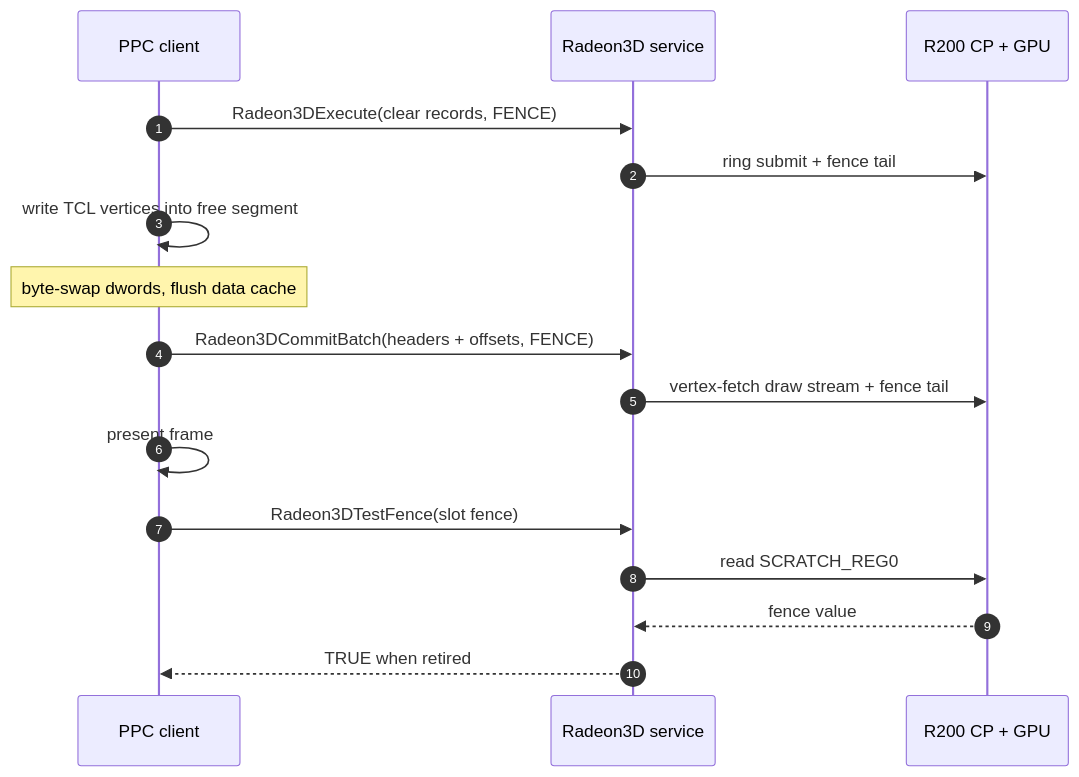
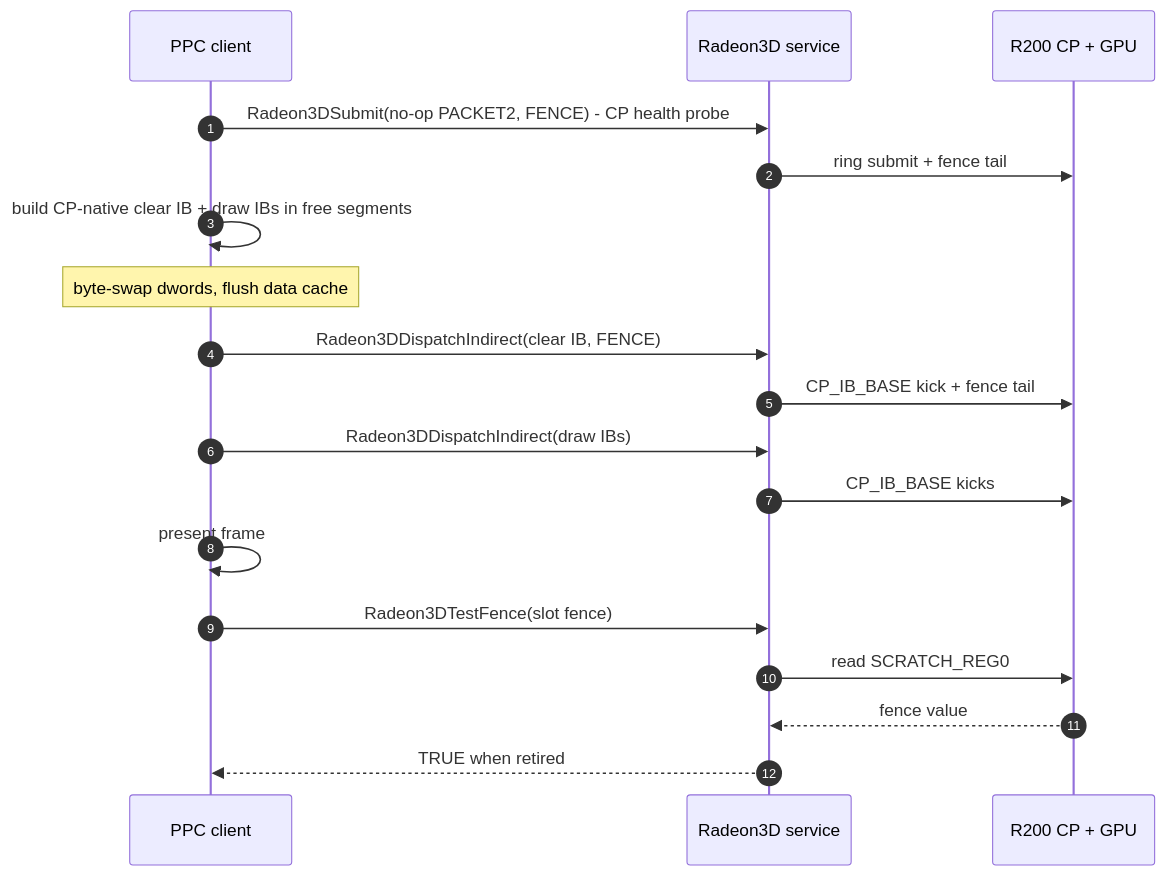
Before and after one commit to mirq/r200-p96-driver: the fifth of 5 diagrams in docs/01-ppc-client-guide.md, drawn with Mermaid. The commit also changed other lines of this file and 40 other files, not shown here.

````diff
--- a/docs/01-ppc-client-guide.md
+++ b/docs/01-ppc-client-guide.md
@@ -501,19 +430,21 @@
 ```mermaid
 sequenceDiagram
     autonumber
     participant PPC as PPC client
     participant SVC as Radeon3D service
     participant CP as R200 CP + GPU
 
-    PPC->>SVC: Radeon3DExecute(clear records, FENCE)
+    PPC->>SVC: Radeon3DSubmit(no-op PACKET2, FENCE) - CP health probe
     SVC->>CP: ring submit + fence tail
-    PPC->>PPC: write TCL vertices into free segment
+    PPC->>PPC: build CP-native clear IB + draw IBs in free segments
     Note over PPC: byte-swap dwords, flush data cache
-    PPC->>SVC: Radeon3DCommitBatch(headers + offsets, FENCE)
-    SVC->>CP: vertex-fetch draw stream + fence tail
+    PPC->>SVC: Radeon3DDispatchIndirect(clear IB, FENCE)
+    SVC->>CP: CP_IB_BASE kick + fence tail
+    PPC->>SVC: Radeon3DDispatchIndirect(draw IBs)
+    SVC->>CP: CP_IB_BASE kicks
     PPC->>PPC: present frame
     PPC->>SVC: Radeon3DTestFence(slot fence)
     SVC->>CP: read SCRATCH_REG0
     CP-->>SVC: fence value
     SVC-->>PPC: TRUE when retired
 ```
````
